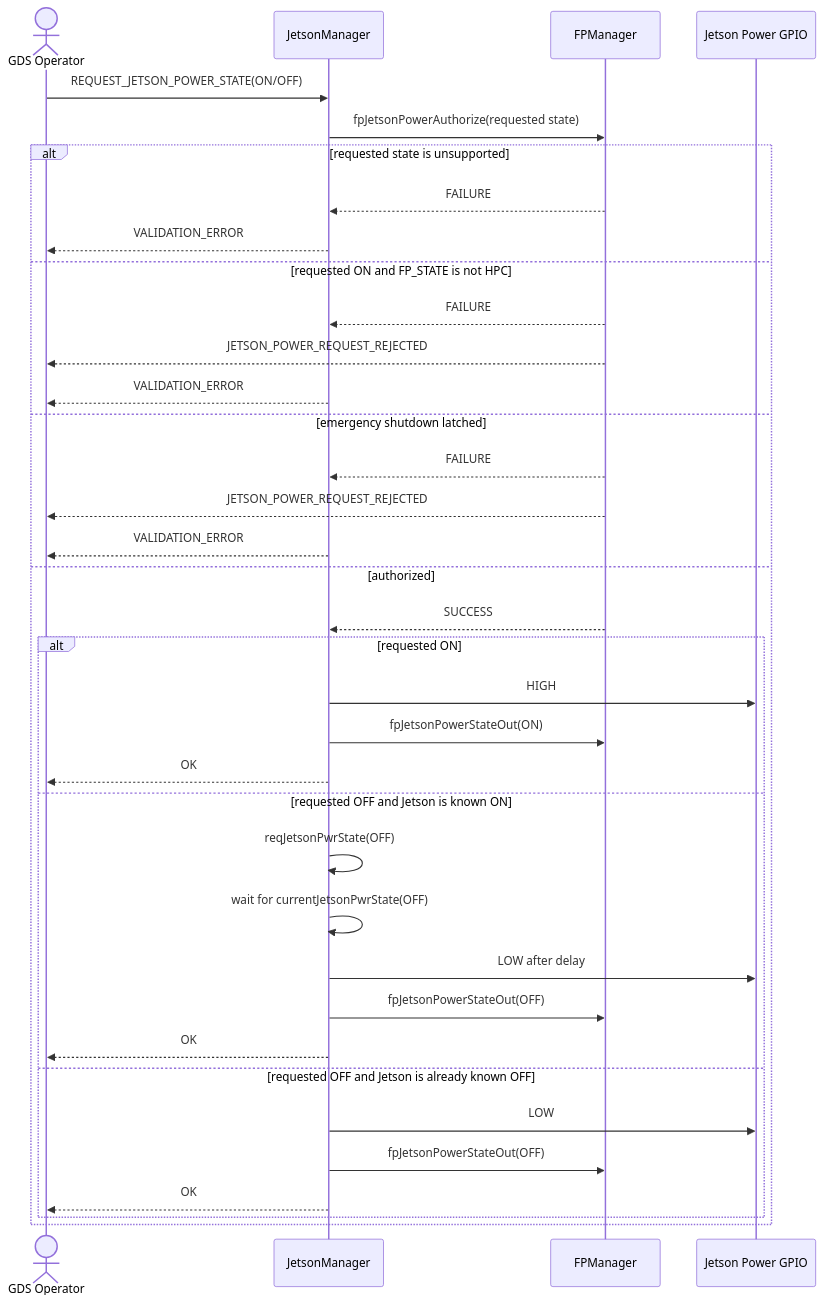
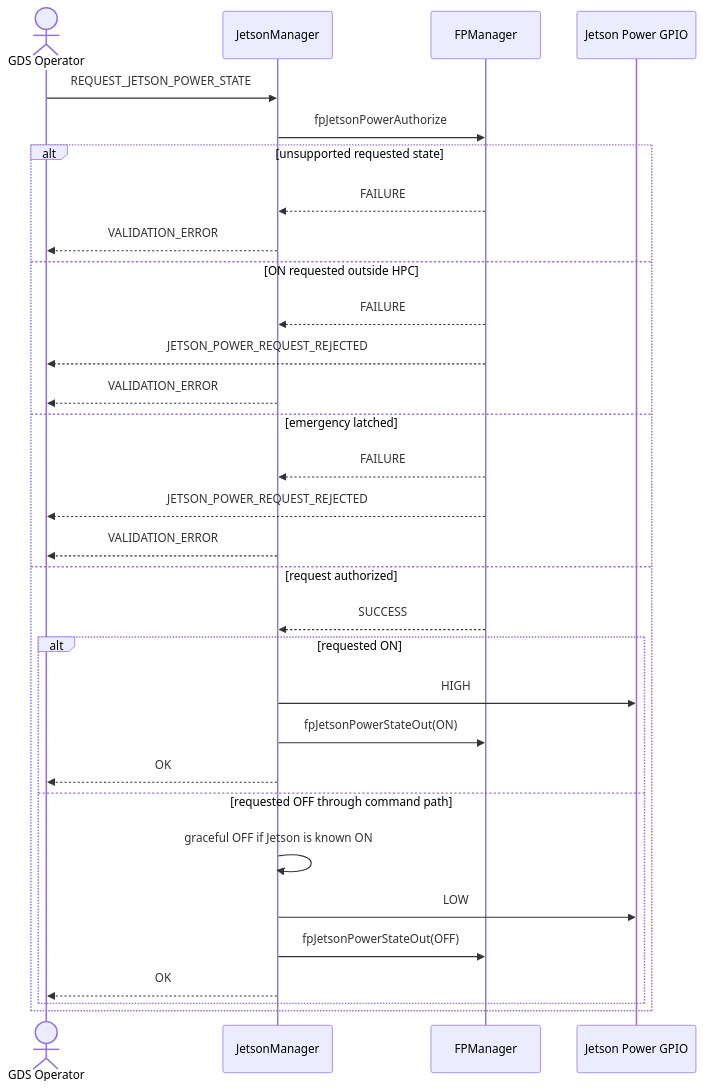
The fourth of 7 diagrams in scales/scalesSvc/FPManager/docs/sdd.md (BroncoSpace-Lab/fprime-scales), drawn with Mermaid before and after one commit. The commit also changed other lines of this file and 7 other files, not shown here.

````diff
--- a/scales/scalesSvc/FPManager/docs/sdd.md
+++ b/scales/scalesSvc/FPManager/docs/sdd.md
@@ -135,39 +207,34 @@
 ```mermaid
 sequenceDiagram
     actor Operator as GDS Operator
     participant JM as JetsonManager
     participant FPM as FPManager
     participant GPIO as Jetson Power GPIO
 
-    Operator->>JM: REQUEST_JETSON_POWER_STATE(ON/OFF)
-    JM->>FPM: fpJetsonPowerAuthorize(requested state)
-    alt requested state is unsupported
+    Operator->>JM: REQUEST_JETSON_POWER_STATE
+    JM->>FPM: fpJetsonPowerAuthorize
+    alt unsupported requested state
         FPM-->>JM: FAILURE
         JM-->>Operator: VALIDATION_ERROR
-    else requested ON and FP_STATE is not HPC
+    else ON requested outside HPC
         FPM-->>JM: FAILURE
         FPM-->>Operator: JETSON_POWER_REQUEST_REJECTED
         JM-->>Operator: VALIDATION_ERROR
-    else emergency shutdown latched
+    else emergency latched
         FPM-->>JM: FAILURE
         FPM-->>Operator: JETSON_POWER_REQUEST_REJECTED
         JM-->>Operator: VALIDATION_ERROR
-    else authorized
+    else request authorized
         FPM-->>JM: SUCCESS
         alt requested ON
             JM->>GPIO: HIGH
             JM->>FPM: fpJetsonPowerStateOut(ON)
             JM-->>Operator: OK
-        else requested OFF and Jetson is known ON
-            JM->>JM: reqJetsonPwrState(OFF)
-            JM->>JM: wait for currentJetsonPwrState(OFF)
-            JM->>GPIO: LOW after delay
-            JM->>FPM: fpJetsonPowerStateOut(OFF)
-            JM-->>Operator: OK
-        else requested OFF and Jetson is already known OFF
+        else requested OFF through command path
+            JM->>JM: graceful OFF if Jetson is known ON
             JM->>GPIO: LOW
             JM->>FPM: fpJetsonPowerStateOut(OFF)
             JM-->>Operator: OK
         end
     end
 ```
````
